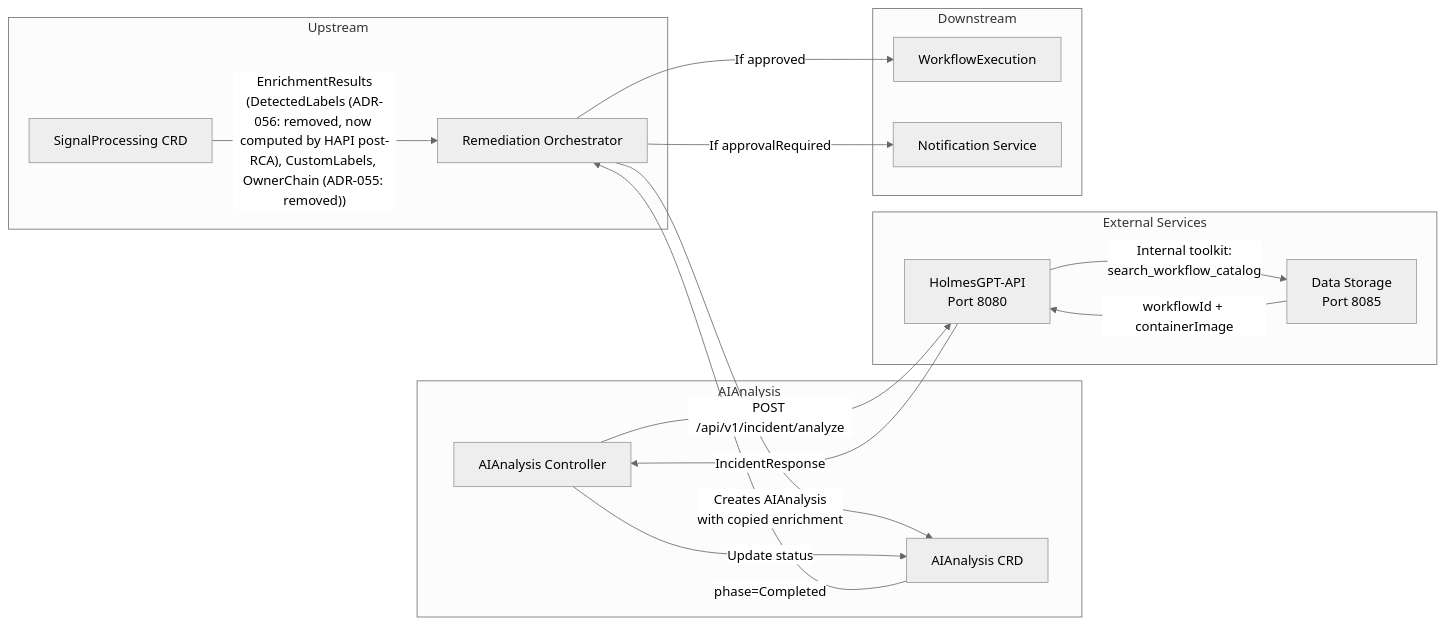
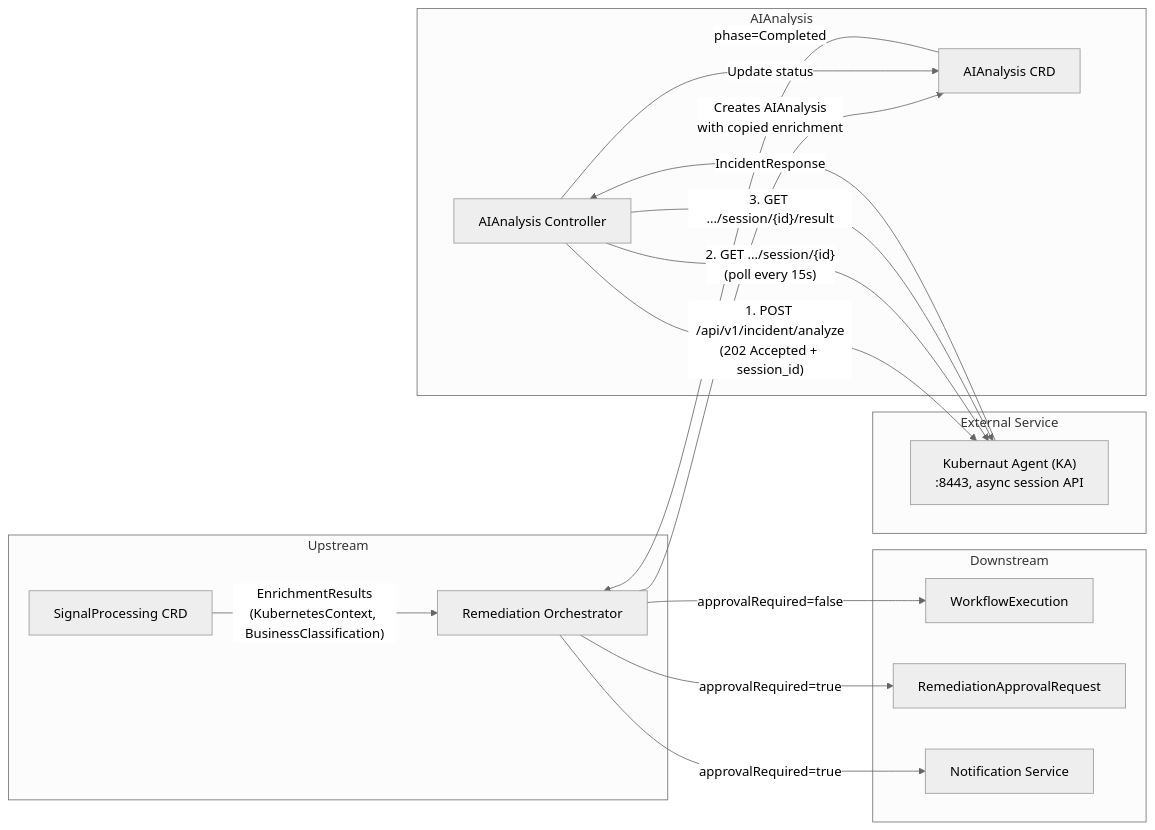
One commit to jordigilh/kubernaut changed the first of 2 diagrams in docs/services/crd-controllers/02-aianalysis/integration-points.md. Above: the diagram before and after it, drawn with Mermaid (neutral theme). The commit also changed other lines of this file and 14 other files, not shown here.

````diff
--- a/docs/services/crd-controllers/02-aianalysis/integration-points.md
+++ b/docs/services/crd-controllers/02-aianalysis/integration-points.md
@@ -25,33 +35,34 @@
 ```mermaid
 graph LR
     subgraph "Upstream"
         SP[SignalProcessing CRD]
         RO[Remediation Orchestrator]
     end
 
     subgraph "AIAnalysis"
         AIA[AIAnalysis CRD]
         CTRL[AIAnalysis Controller]
     end
 
-    subgraph "External Services"
-        HAPI[HolmesGPT-API<br/>Port 8080]
-        DS[Data Storage<br/>Port 8085]
+    subgraph "External Service"
+        KA["Kubernaut Agent (KA)<br/>:8443, async session API"]
     end
 
     subgraph "Downstream"
         WE[WorkflowExecution]
+        ARQ[RemediationApprovalRequest]
         NOT[Notification Service]
     end
 
-    SP -->|"EnrichmentResults<br/>(DetectedLabels (ADR-056: removed, now computed by HAPI post-RCA), CustomLabels, OwnerChain (ADR-055: removed))"| RO
+    SP -->|"EnrichmentResults<br/>(KubernetesContext, BusinessClassification)"| RO
     RO -->|"Creates AIAnalysis<br/>with copied enrichment"| AIA
-    CTRL -->|"POST /api/v1/incident/analyze"| HAPI
-    HAPI -->|"Internal toolkit:<br/>search_workflow_catalog"| DS
-    DS -->|"workflowId + containerImage"| HAPI
-    HAPI -->|"IncidentResponse"| CTRL
+    CTRL -->|"1. POST /api/v1/incident/analyze<br/>(202 Accepted + session_id)"| KA
+    CTRL -->|"2. GET .../session/{id}<br/>(poll every 15s)"| KA
+    CTRL -->|"3. GET .../session/{id}/result"| KA
+    KA -->|"IncidentResponse"| CTRL
     CTRL -->|"Update status"| AIA
     AIA -->|"phase=Completed"| RO
-    RO -->|"If approved"| WE
-    RO -->|"If approvalRequired"| NOT
+    RO -->|"approvalRequired=false"| WE
+    RO -->|"approvalRequired=true"| ARQ
+    RO -->|"approvalRequired=true"| NOT
 ```
````
